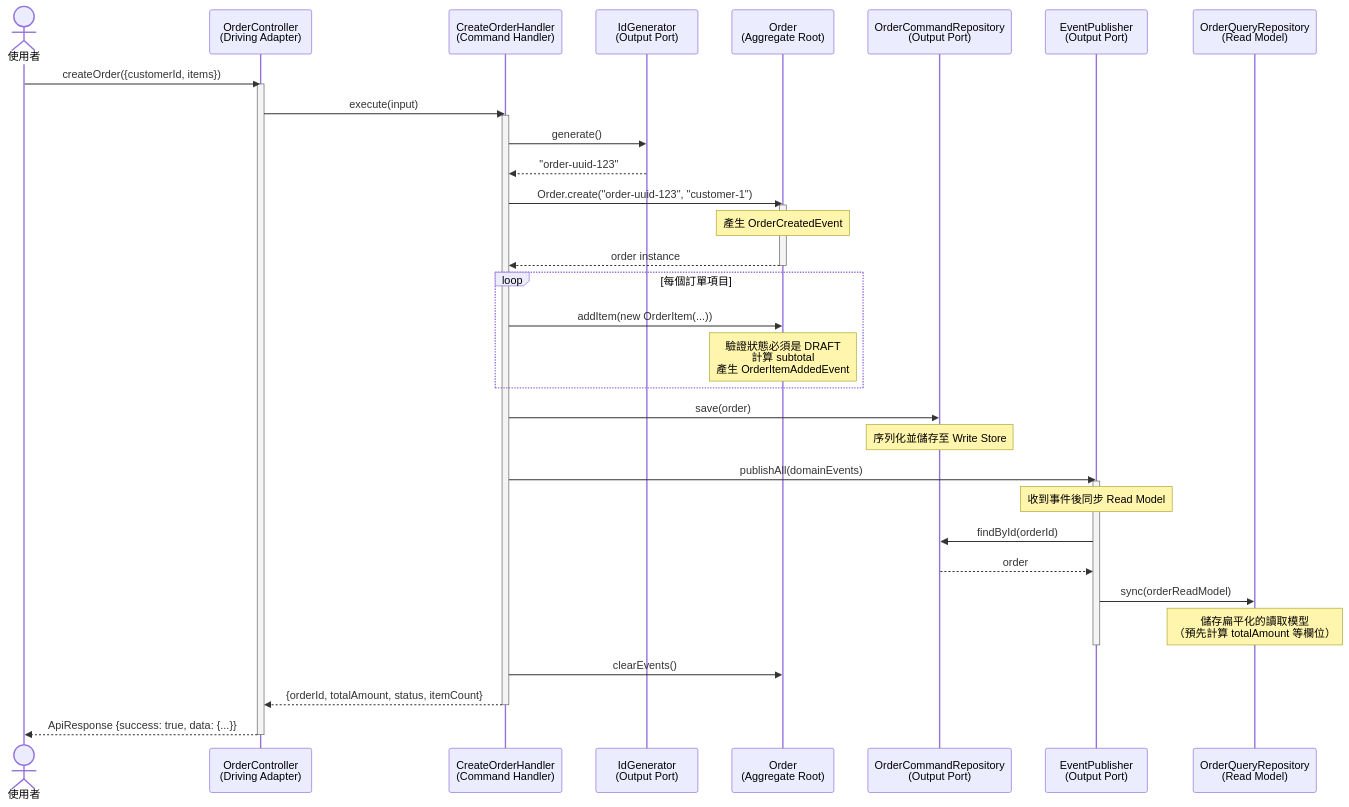
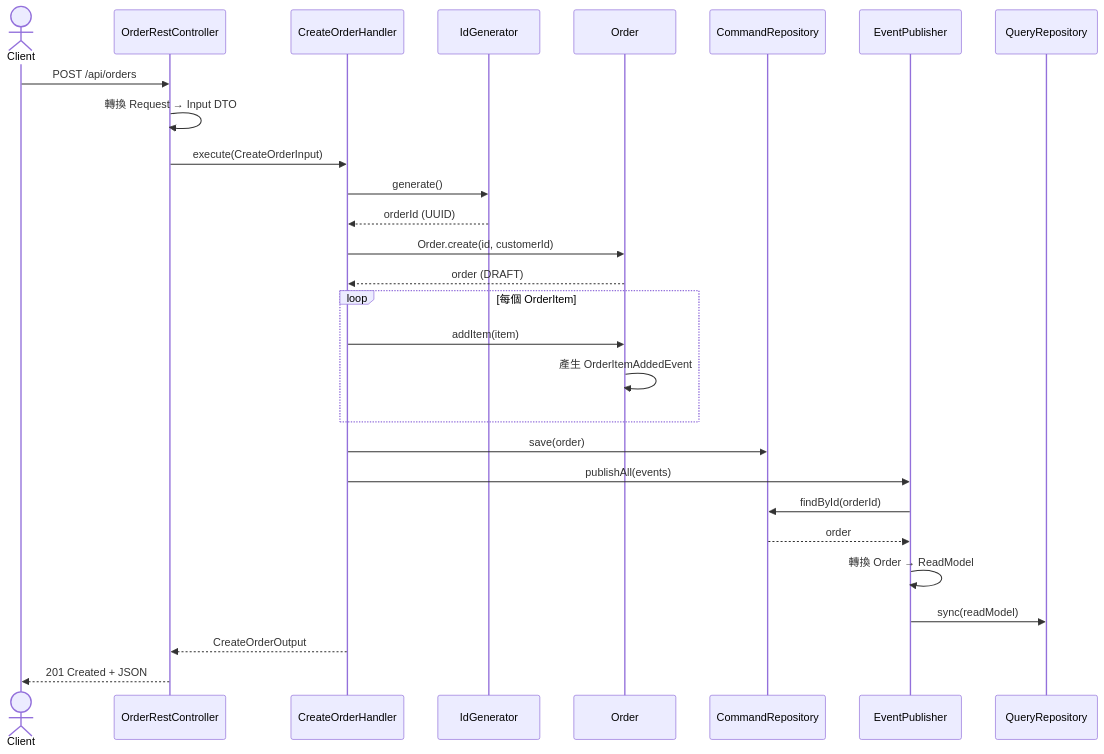
One commit to ChunPingWang/solid-hexagonal-cqrs-tutorial changed the fifth of 14 diagrams in README.md. Above: the diagram before and after it, drawn with Mermaid. The commit also changed other lines of this file and 89 other files, not shown here.

````diff
--- a/README.md
+++ b/README.md
@@ -527,52 +322,31 @@
 ```mermaid
 sequenceDiagram
-    actor User as 使用者
-    participant Ctrl as OrderController<br/>(Driving Adapter)
-    participant Handler as CreateOrderHandler<br/>(Command Handler)
-    participant IdGen as IdGenerator<br/>(Output Port)
-    participant Order as Order<br/>(Aggregate Root)
-    participant CmdRepo as OrderCommandRepository<br/>(Output Port)
-    participant EvtPub as EventPublisher<br/>(Output Port)
-    participant QryRepo as OrderQueryRepository<br/>(Read Model)
+    actor Client
+    participant REST as OrderRestController
+    participant UC as CreateOrderHandler
+    participant IG as IdGenerator
+    participant Order as Order
+    participant CR as CommandRepository
+    participant EP as EventPublisher
+    participant QR as QueryRepository
 
-    User->>Ctrl: createOrder({customerId, items})
-    activate Ctrl
-    Ctrl->>Handler: execute(input)
-    activate Handler
-
-    Handler->>IdGen: generate()
-    IdGen-->>Handler: "order-uuid-123"
-
-    Handler->>Order: Order.create("order-uuid-123", "customer-1")
-    activate Order
-    Note over Order: 產生 OrderCreatedEvent
-    Order-->>Handler: order instance
-    deactivate Order
-
-    loop 每個訂單項目
-        Handler->>Order: addItem(new OrderItem(...))
-        Note over Order: 驗證狀態必須是 DRAFT<br/>計算 subtotal<br/>產生 OrderItemAddedEvent
+    Client->>REST: POST /api/orders
+    REST->>REST: 轉換 Request → Input DTO
+    REST->>UC: execute(CreateOrderInput)
+    UC->>IG: generate()
+    IG-->>UC: orderId (UUID)
+    UC->>Order: Order.create(id, customerId)
+    Order-->>UC: order (DRAFT)
+    loop 每個 OrderItem
+        UC->>Order: addItem(item)
+        Order->>Order: 產生 OrderItemAddedEvent
     end
-
-    Handler->>CmdRepo: save(order)
-    Note over CmdRepo: 序列化並儲存至 Write Store
-
-    Handler->>EvtPub: publishAll(domainEvents)
-    activate EvtPub
-    Note over EvtPub: 收到事件後同步 Read Model
-
-    EvtPub->>CmdRepo: findById(orderId)
-    CmdRepo-->>EvtPub: order
-
-    EvtPub->>QryRepo: sync(orderReadModel)
-    Note over QryRepo: 儲存扁平化的讀取模型<br/>（預先計算 totalAmount 等欄位）
-    deactivate EvtPub
-
-    Handler->>Order: clearEvents()
-
-    Handler-->>Ctrl: {orderId, totalAmount, status, itemCount}
-    deactivate Handler
-
-    Ctrl-->>User: ApiResponse {success: true, data: {...}}
-    deactivate Ctrl
+    UC->>CR: save(order)
+    UC->>EP: publishAll(events)
+    EP->>CR: findById(orderId)
+    CR-->>EP: order
+    EP->>EP: 轉換 Order → ReadModel
+    EP->>QR: sync(readModel)
+    UC-->>REST: CreateOrderOutput
+    REST-->>Client: 201 Created + JSON
 ```
````
